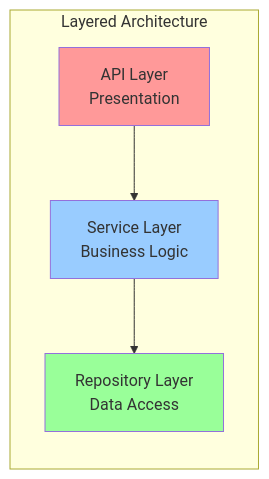
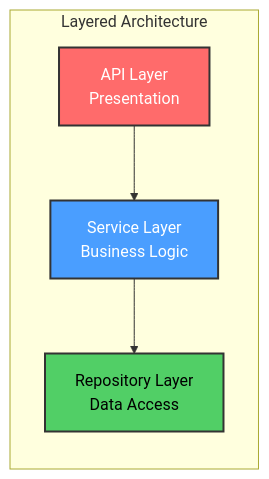
One commit to elewashy/Tanta-University changed the third of 17 diagrams in Level_3/Semester_1/Distributed_Systems/Project/System_Architecture_in_Distributed_Systems/docs/ARCHITECTURE.md. Above: the diagram before and after it, drawn with Mermaid. The commit also changed other lines of this file and 4 other files, not shown here.

````diff
--- a/Level_3/Semester_1/Distributed_Systems/Project/System_Architecture_in_Distributed_Systems/docs/ARCHITECTURE.md
+++ b/Level_3/Semester_1/Distributed_Systems/Project/System_Architecture_in_Distributed_Systems/docs/ARCHITECTURE.md
@@ -110,12 +110,12 @@
 ```mermaid
 graph LR
     subgraph "Layered Architecture"
         direction TB
         A[API Layer<br/>Presentation] --> B[Service Layer<br/>Business Logic]
         B --> C[Repository Layer<br/>Data Access]
     end
     
-    style A fill:#ff9999
-    style B fill:#99ccff
-    style C fill:#99ff99
+    style A fill:#ff6b6b,stroke:#333,stroke-width:2px,color:#fff
+    style B fill:#4a9eff,stroke:#333,stroke-width:2px,color:#fff
+    style C fill:#51cf66,stroke:#333,stroke-width:2px,color:#000
 ```
````
